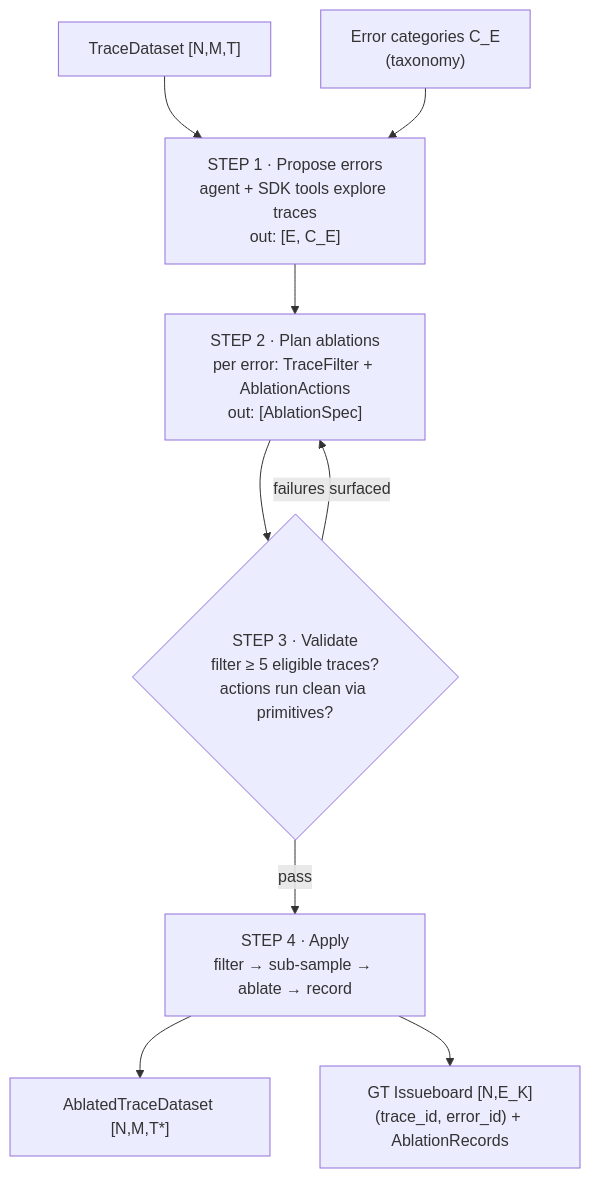
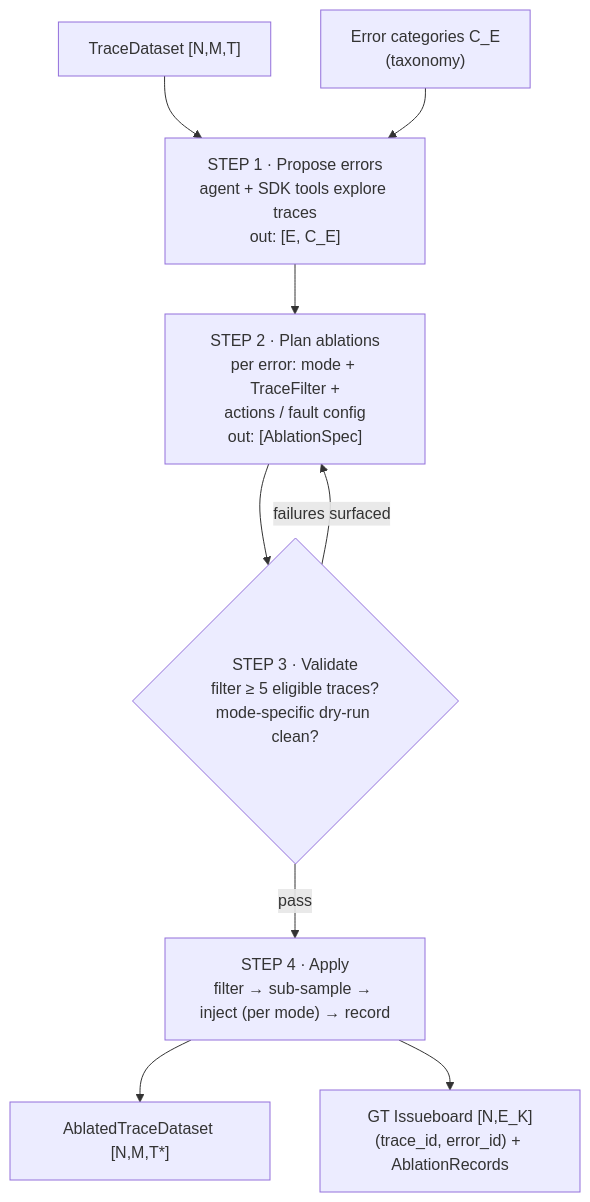
Before and after one commit to Vidhate/engine-benchmarking-system: the fourth of 6 diagrams in docs/architecture/04-ablation-engine.md, drawn with Mermaid. The commit also changed other lines of this file and 2 other files, not shown here.

````diff
--- a/docs/architecture/04-ablation-engine.md
+++ b/docs/architecture/04-ablation-engine.md
@@ -18,12 +152,12 @@
 ```mermaid
 flowchart TB
     T["TraceDataset [N,M,T]"] --> S1
     CE["Error categories C_E<br/>(taxonomy)"] --> S1
     S1["STEP 1 · Propose errors<br/>agent + SDK tools explore traces<br/>out: [E, C_E]"] --> S2
-    S2["STEP 2 · Plan ablations<br/>per error: TraceFilter + AblationActions<br/>out: [AblationSpec]"] --> S3
-    S3{"STEP 3 · Validate<br/>filter ≥ 5 eligible traces?<br/>actions run clean via primitives?"}
+    S2["STEP 2 · Plan ablations<br/>per error: mode + TraceFilter +<br/>actions / fault config<br/>out: [AblationSpec]"] --> S3
+    S3{"STEP 3 · Validate<br/>filter ≥ 5 eligible traces?<br/>mode-specific dry-run clean?"}
     S3 -- "failures surfaced" --> S2
-    S3 -- pass --> S4["STEP 4 · Apply<br/>filter → sub-sample → ablate → record"]
+    S3 -- pass --> S4["STEP 4 · Apply<br/>filter → sub-sample → inject (per mode) → record"]
     S4 --> OUT1["AblatedTraceDataset [N,M,T*]"]
     S4 --> OUT2["GT Issueboard [N,E_K]<br/>(trace_id, error_id) + AblationRecords"]
 ```
````
